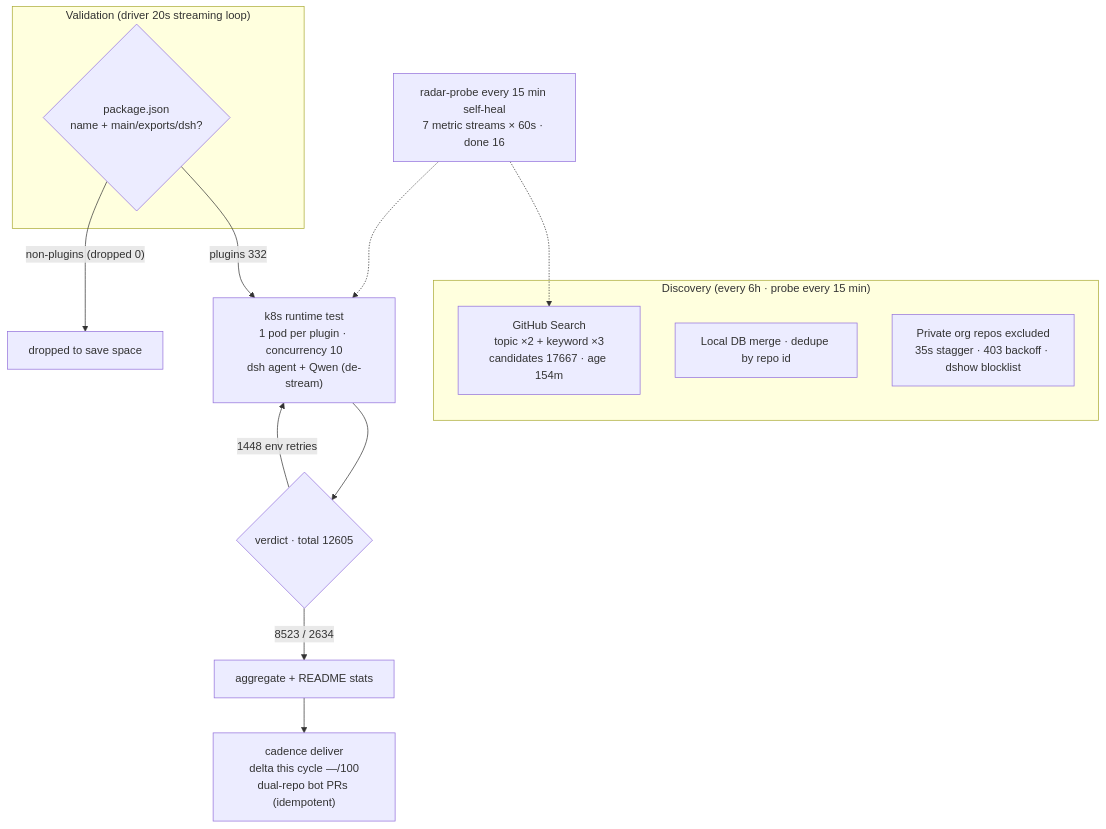
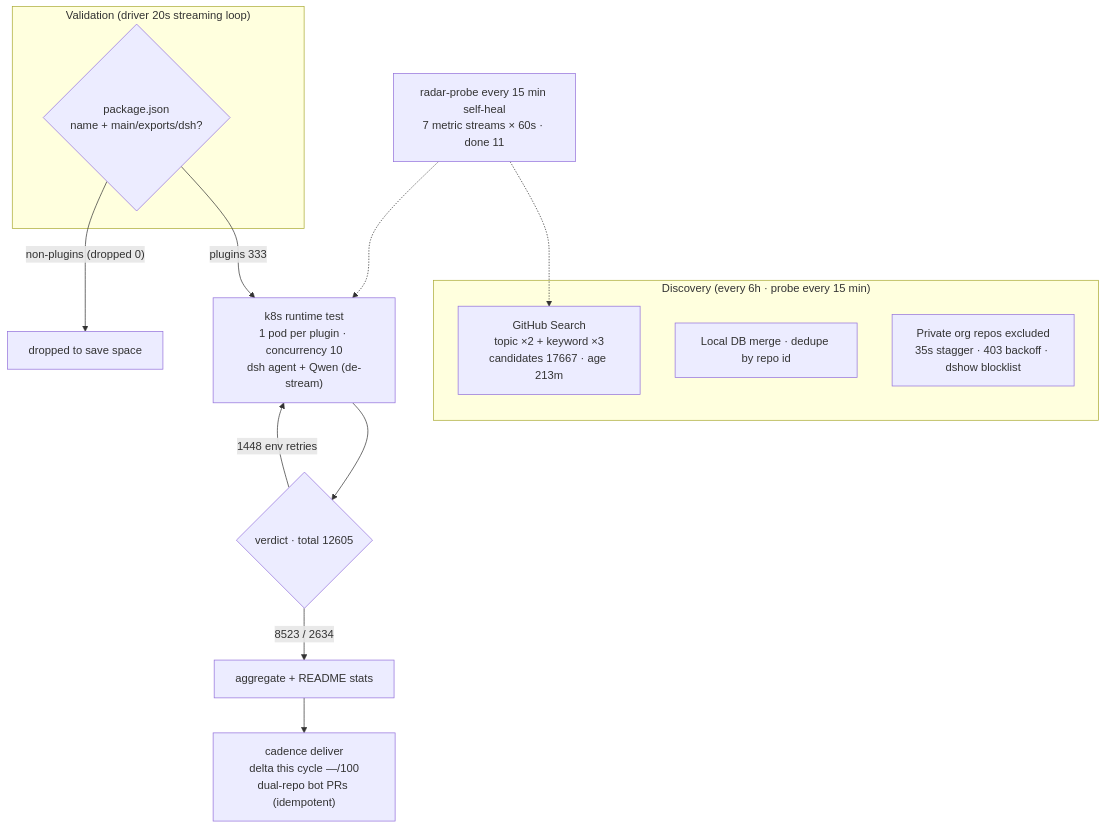
Before and after one commit to AdamPlatin123/awesome-dsh-plugins: the diagram in README.en-US.md, drawn with Mermaid. The commit also changed other lines of this file and 5 other files, not shown here.

````diff
--- a/README.en-US.md
+++ b/README.en-US.md
@@ -45,20 +45,20 @@
 ```mermaid
 flowchart TB
     subgraph Discovery["Discovery (every 6h · probe every 15 min)"]
-        A1["GitHub Search<br/>topic ×2 + keyword ×3<br/>candidates 17667 · age 154m"]
+        A1["GitHub Search<br/>topic ×2 + keyword ×3<br/>candidates 17667 · age 213m"]
         A2["Local DB merge · dedupe by repo id"]
         A3["Private org repos excluded<br/>35s stagger · 403 backoff · dshow blocklist"]
     end
     subgraph Validation["Validation (driver 20s streaming loop)"]
         B1{"package.json<br/>name + main/exports/dsh?"}
     end
-    B1 -->|"plugins 332"| C1["k8s runtime test<br/>1 pod per plugin · concurrency 10<br/>dsh agent + Qwen (de-stream)"]
+    B1 -->|"plugins 333"| C1["k8s runtime test<br/>1 pod per plugin · concurrency 10<br/>dsh agent + Qwen (de-stream)"]
     B1 -->|"non-plugins (dropped 0)"| B3["dropped to save space"]
     C1 --> D1{"verdict · total 12605"}
     D1 -->|"8523 / 2634"| E1["aggregate + README stats"]
     D1 -->|"1448 env retries"| C1
     E1 --> E2["cadence deliver<br/>delta this cycle —/100<br/>dual-repo bot PRs (idempotent)"]
-    M["radar-probe every 15 min self-heal<br/>7 metric streams × 60s · done 16"]
+    M["radar-probe every 15 min self-heal<br/>7 metric streams × 60s · done 11"]
     M -.-> A1
     M -.-> C1
 ```
````
